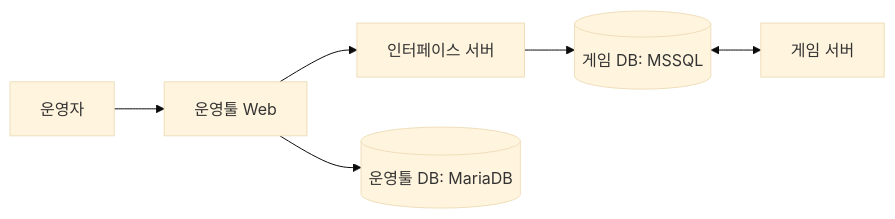
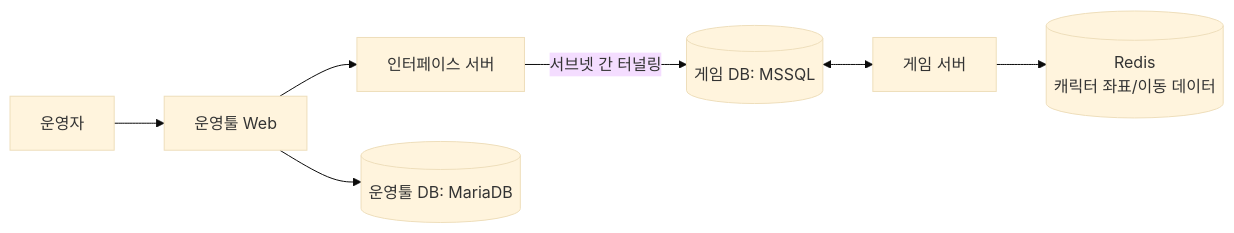
One commit to scourge1100/neverland changed the first of 5 diagrams in content/projects/yeolhyeolgangho-admin-tool.md. Above: the diagram before and after it, drawn with Mermaid (base theme). The commit also changed other lines of this file and 1 other file, not shown here.

````diff
--- a/content/projects/yeolhyeolgangho-admin-tool.md
+++ b/content/projects/yeolhyeolgangho-admin-tool.md
@@ -48,8 +50,9 @@
 ```mermaid
 flowchart LR
     A[운영자] --> B[운영툴 Web]
     B --> C[인터페이스 서버]
-    C --> D[(게임 DB: MSSQL)]
+    C -->|서브넷 간 터널링| D[(게임 DB: MSSQL)]
     D <--> E[게임 서버]
+    E --> R[(Redis\n캐릭터 좌표/이동 데이터)]
     B --> F[(운영툴 DB: MariaDB)]
 ```
````
